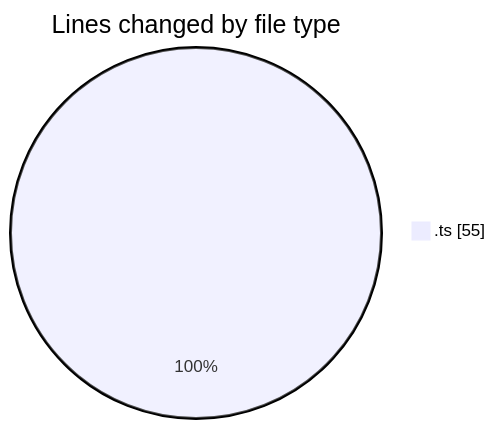
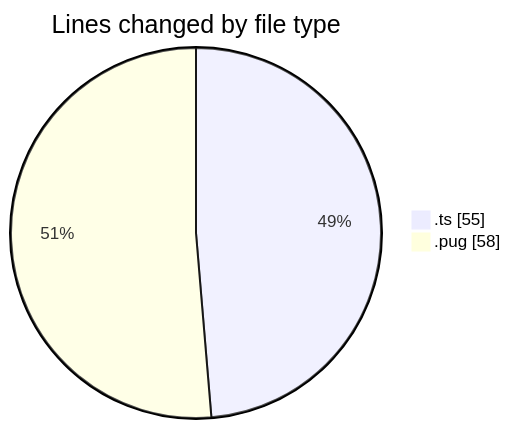
Before and after one commit to momahboobian/code-tracking: the first of 2 diagrams in 2025-10-31/cda/README.md, drawn with Mermaid. The commit also changed other lines of this file and 1 other file, not shown here.

````diff
--- a/2025-10-31/cda/README.md
+++ b/2025-10-31/cda/README.md
@@ -21,5 +22,6 @@
 ```mermaid
 pie showData
 title Lines changed by file type
 ".ts" : 55
+".pug" : 58
 ```
````
